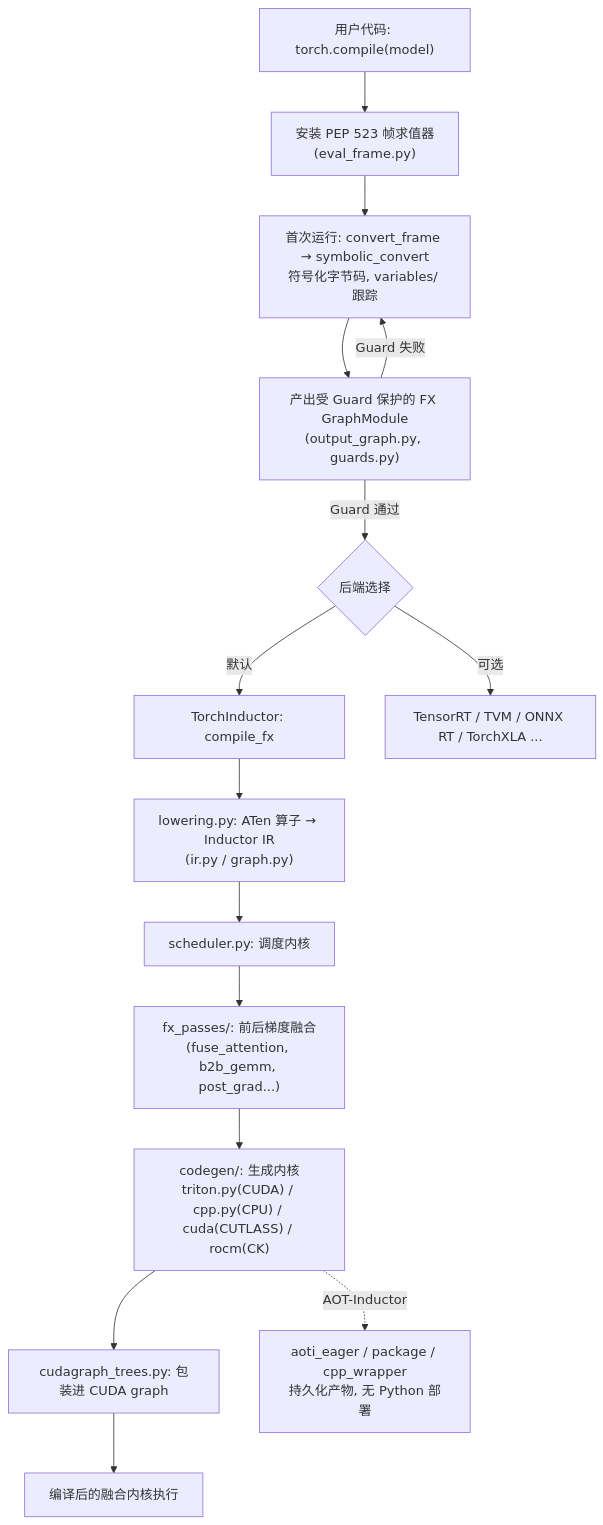
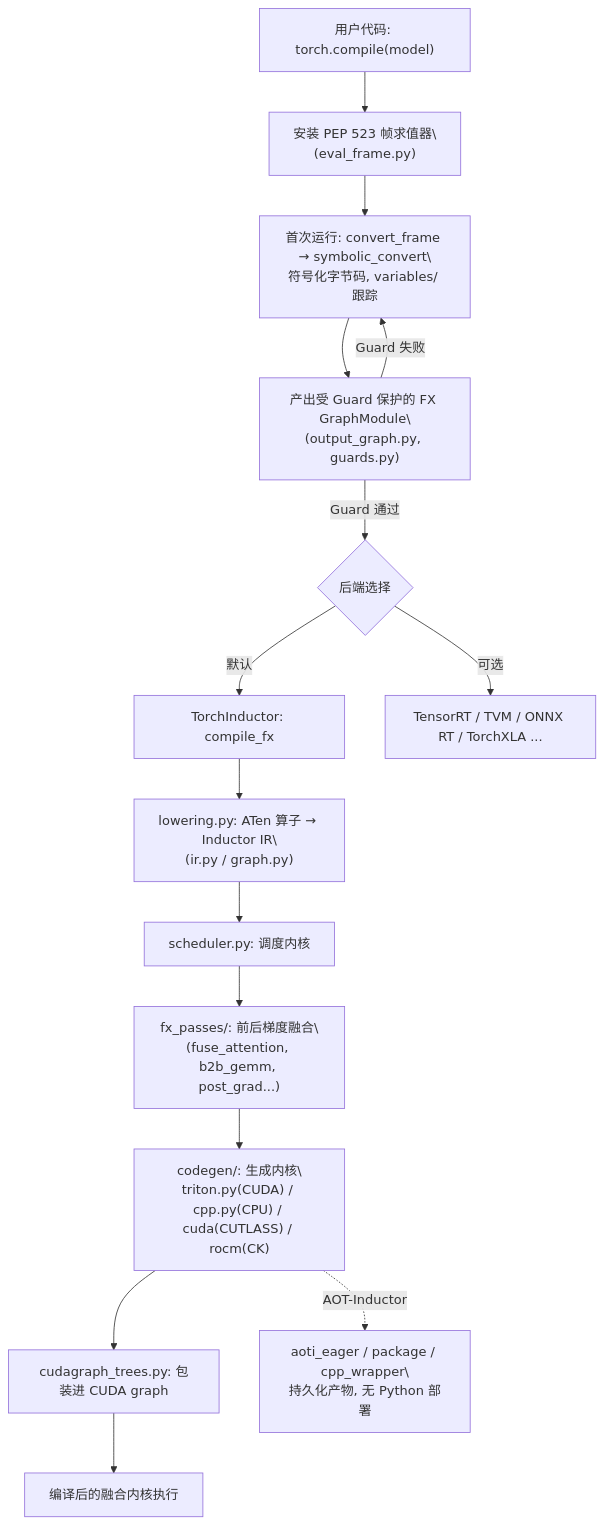
Before and after one commit to stevexiaofei/second-brain: the diagram in docs/knowledge/pytorch/pytorch-compile.md, drawn with Mermaid. The commit also changed 14 other files, not shown here.

First line of the commit message:
docs: bump mermaid font sizes and replace <br/> with real newlines

````diff
--- a/docs/knowledge/pytorch/pytorch-compile.md
+++ b/docs/knowledge/pytorch/pytorch-compile.md
@@ -49,17 +49,24 @@
 ```mermaid
 flowchart TD
-    U["用户代码: torch.compile(model)"] --> D0["安装 PEP 523 帧求值器<br/>(eval_frame.py)"]
-    D0 --> D1["首次运行: convert_frame → symbolic_convert<br/>符号化字节码, variables/ 跟踪"]
-    D1 --> D2["产出受 Guard 保护的 FX GraphModule<br/>(output_graph.py, guards.py)"]
+    U["用户代码: torch.compile(model)"] --> D0["安装 PEP 523 帧求值器\
+(eval_frame.py)"]
+    D0 --> D1["首次运行: convert_frame → symbolic_convert\
+符号化字节码, variables/ 跟踪"]
+    D1 --> D2["产出受 Guard 保护的 FX GraphModule\
+(output_graph.py, guards.py)"]
     D2 -->|"Guard 失败"| D1
     D2 -->|"Guard 通过"| BE{后端选择}
     BE -->|"默认"| I0["TorchInductor: compile_fx"]
     BE -->|"可选"| ALT["TensorRT / TVM / ONNX RT / TorchXLA ..."]
-    I0 --> I1["lowering.py: ATen 算子 → Inductor IR<br/>(ir.py / graph.py)"]
+    I0 --> I1["lowering.py: ATen 算子 → Inductor IR\
+(ir.py / graph.py)"]
     I1 --> I2["scheduler.py: 调度内核"]
-    I2 --> I3["fx_passes/: 前后梯度融合<br/>(fuse_attention, b2b_gemm, post_grad...)"]
-    I3 --> I4["codegen/: 生成内核<br/>triton.py(CUDA) / cpp.py(CPU) / cuda(CUTLASS) / rocm(CK)"]
+    I2 --> I3["fx_passes/: 前后梯度融合\
+(fuse_attention, b2b_gemm, post_grad...)"]
+    I3 --> I4["codegen/: 生成内核\
+triton.py(CUDA) / cpp.py(CPU) / cuda(CUTLASS) / rocm(CK)"]
     I4 --> I5["cudagraph_trees.py: 包装进 CUDA graph"]
     I5 --> I6["编译后的融合内核执行"]
-    I4 -.->|"AOT-Inductor"| AOT["aoti_eager / package / cpp_wrapper<br/>持久化产物, 无 Python 部署"]
+    I4 -.->|"AOT-Inductor"| AOT["aoti_eager / package / cpp_wrapper\
+持久化产物, 无 Python 部署"]
 ```
````
